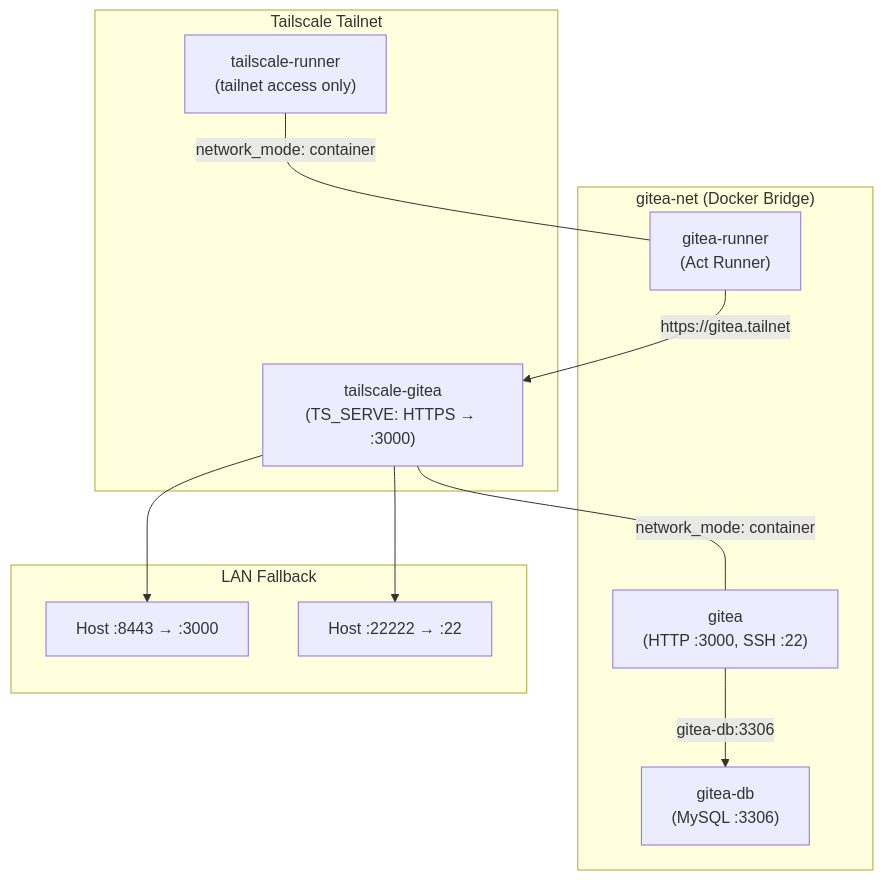
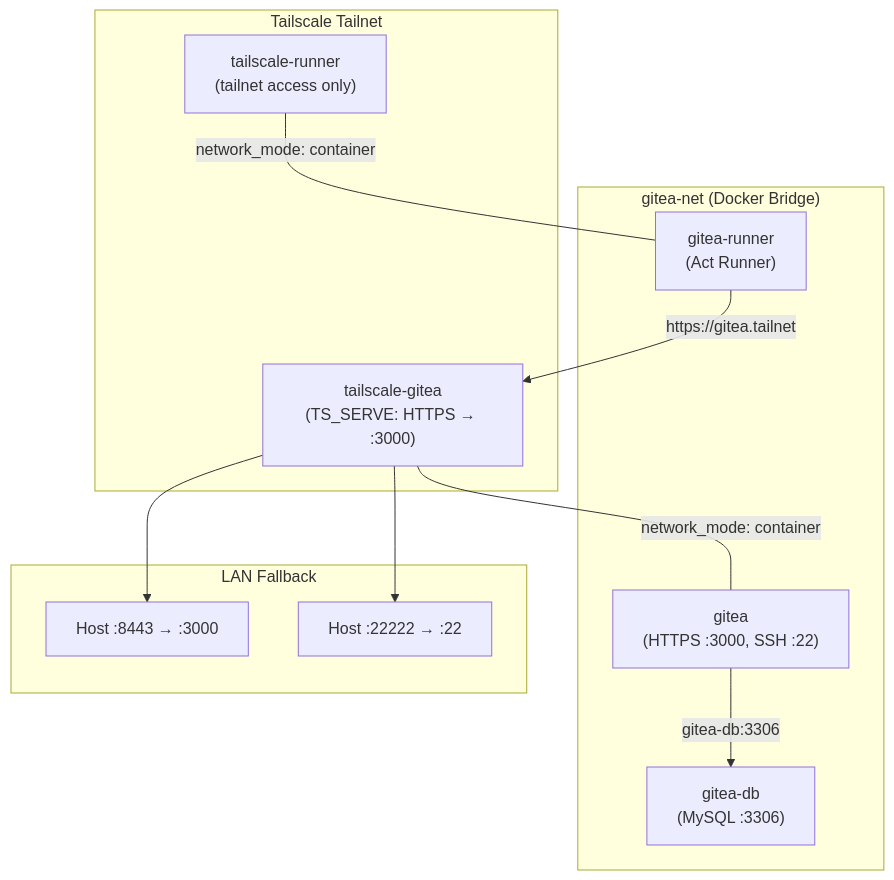
Before and after one commit to jaxzin/jaxzin-infra-bootstrap: the first of 3 diagrams in README.md, drawn with Mermaid. The commit also changed other lines of this file and 3 other files, not shown here.

First line of the commit message:
Keep HTTPS on LAN port 8443, proxy via https+insecure in TS_SERVE

````diff
--- a/README.md
+++ b/README.md
@@ -64,20 +64,20 @@
 ```mermaid
 flowchart TB
     subgraph Tailnet["Tailscale Tailnet"]
         TG_TS["tailscale-gitea<br/>(TS_SERVE: HTTPS → :3000)"]
         TR_TS["tailscale-runner<br/>(tailnet access only)"]
     end
     subgraph DockerNet["gitea-net (Docker Bridge)"]
-        TG_TS --- |"network_mode: container"| Gitea["gitea<br/>(HTTP :3000, SSH :22)"]
+        TG_TS --- |"network_mode: container"| Gitea["gitea<br/>(HTTPS :3000, SSH :22)"]
         DB["gitea-db<br/>(MySQL :3306)"]
         TR_TS --- |"network_mode: container"| Runner["gitea-runner<br/>(Act Runner)"]
     end
     subgraph LAN["LAN Fallback"]
-        LAN_HTTP["Host :8443 → :3000"]
+        LAN_HTTPS["Host :8443 → :3000"]
         LAN_SSH["Host :22222 → :22"]
     end
-    TG_TS --> LAN_HTTP
+    TG_TS --> LAN_HTTPS
     TG_TS --> LAN_SSH
     Gitea --> |"gitea-db:3306"| DB
     Runner --> |"https://gitea.tailnet"| TG_TS
 ```
````
